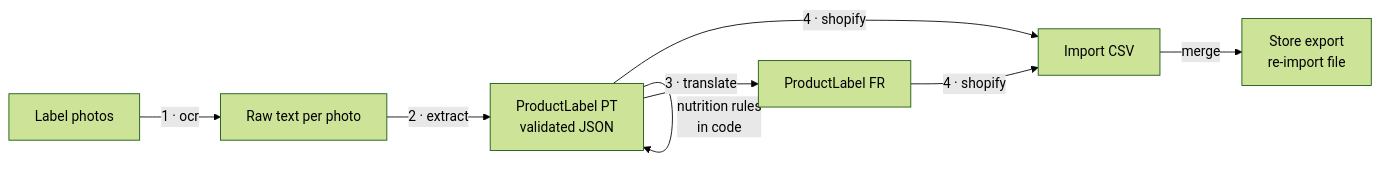
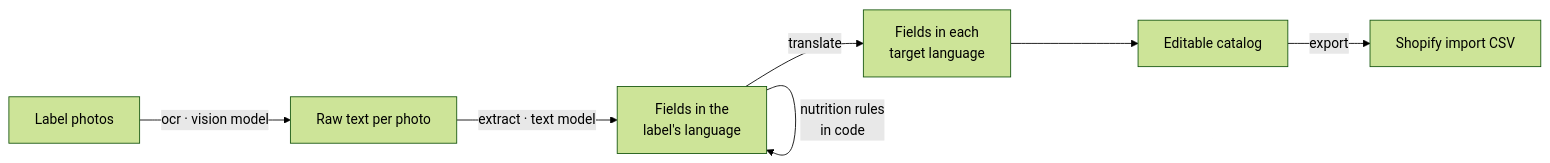
The diagram in README.md (luiznery/label-extractor), drawn with Mermaid (forest theme) before and after one commit. The commit also changed other lines of this file and 12 other files, not shown here.

First line of the commit message:
Feature the Product Label Extractor project

````diff
--- a/README.md
+++ b/README.md
@@ -20,9 +21,9 @@
 ```mermaid
 flowchart LR
-    A[Label photos] -->|1 · ocr| B[Raw text per photo]
-    B -->|2 · extract| C[ProductLabel PT<br/>validated JSON]
+    A[Label photos] -->|ocr · vision model| B[Raw text per photo]
+    B -->|extract · text model| C[Fields in the<br/>label's language]
     C -->|nutrition rules<br/>in code| C
-    C -->|3 · translate| D[ProductLabel FR]
-    C & D -->|4 · shopify| E[Import CSV]
-    E -->|merge| F[Store export<br/>re-import file]
+    C -->|translate| D[Fields in each<br/>target language]
+    D --> E[Editable catalog]
+    E -->|export| F[Shopify import CSV]
 ```
````
